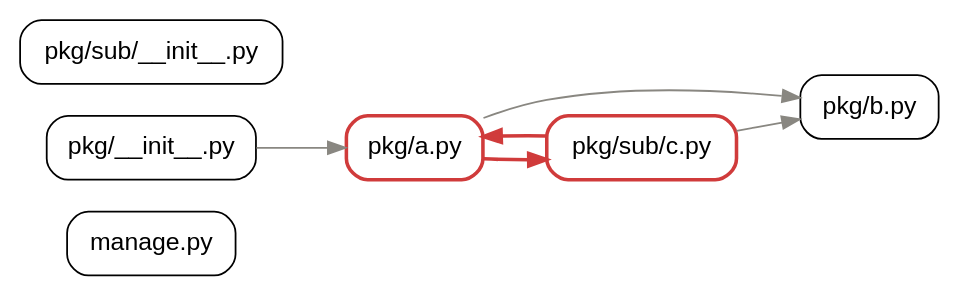
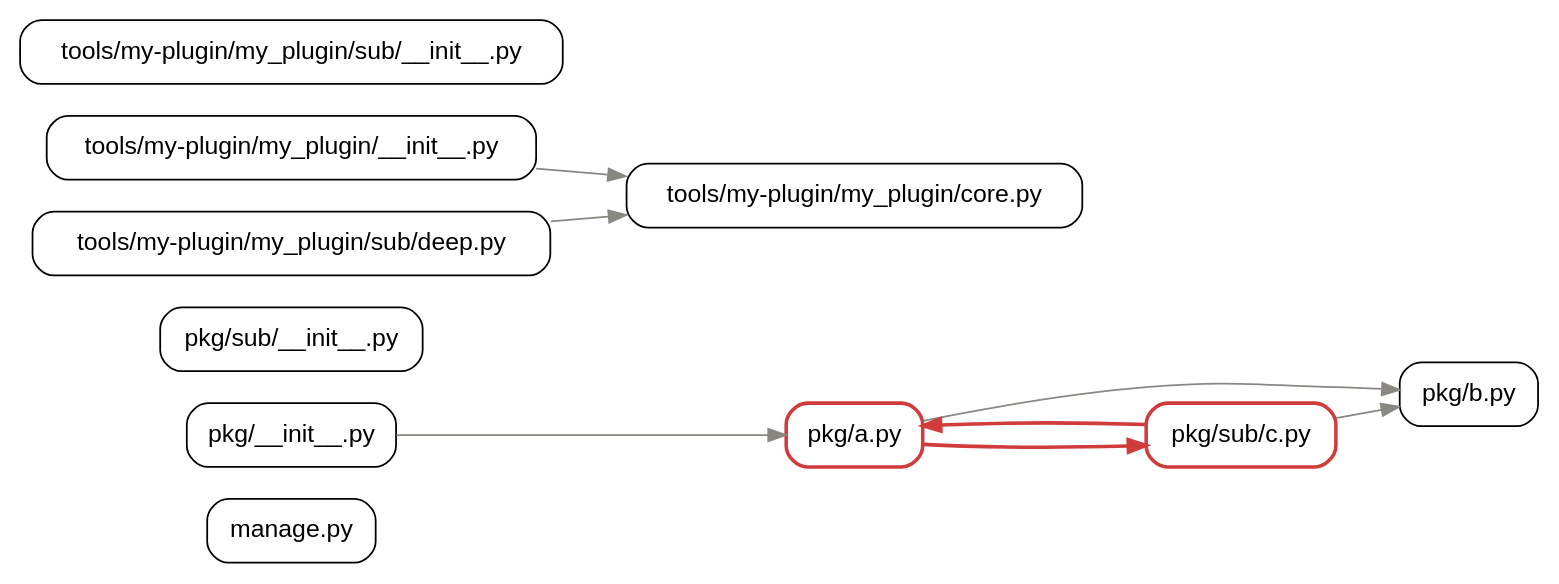
Before and after one commit to krazybean/Untangled: the diagram in conformance/cases/relative-imports/python/expected/graph.dot, drawn with Graphviz. The commit also changed 46 other files, not shown here.

```diff
--- a/conformance/cases/relative-imports/python/expected/graph.dot
+++ b/conformance/cases/relative-imports/python/expected/graph.dot
@@ -1,18 +1,24 @@
 digraph untangled {
   graph [rankdir=LR, fontname="Helvetica"];
   node [shape=box, style=rounded, fontname="Helvetica"];
   edge [color="#898781"];
 
   "manage.py";
   "pkg/__init__.py";
   "pkg/a.py" [color="#d03b3b", penwidth=2];
   "pkg/b.py";
   "pkg/sub/__init__.py";
   "pkg/sub/c.py" [color="#d03b3b", penwidth=2];
+  "tools/my-plugin/my_plugin/__init__.py";
+  "tools/my-plugin/my_plugin/core.py";
+  "tools/my-plugin/my_plugin/sub/__init__.py";
+  "tools/my-plugin/my_plugin/sub/deep.py";
 
   "pkg/__init__.py" -> "pkg/a.py";
   "pkg/a.py" -> "pkg/b.py";
   "pkg/a.py" -> "pkg/sub/c.py" [color="#d03b3b", penwidth=2];
   "pkg/sub/c.py" -> "pkg/a.py" [color="#d03b3b", penwidth=2];
   "pkg/sub/c.py" -> "pkg/b.py";
+  "tools/my-plugin/my_plugin/__init__.py" -> "tools/my-plugin/my_plugin/core.py";
+  "tools/my-plugin/my_plugin/sub/deep.py" -> "tools/my-plugin/my_plugin/core.py";
 }
```
